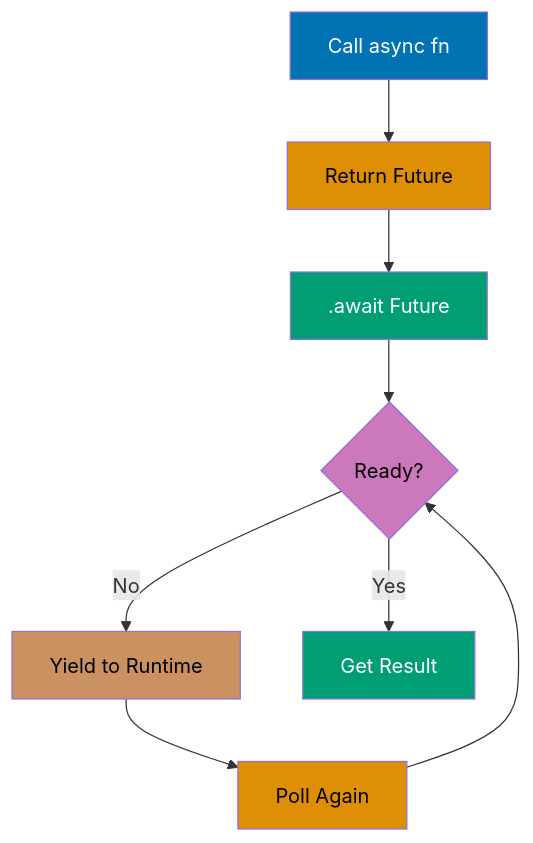
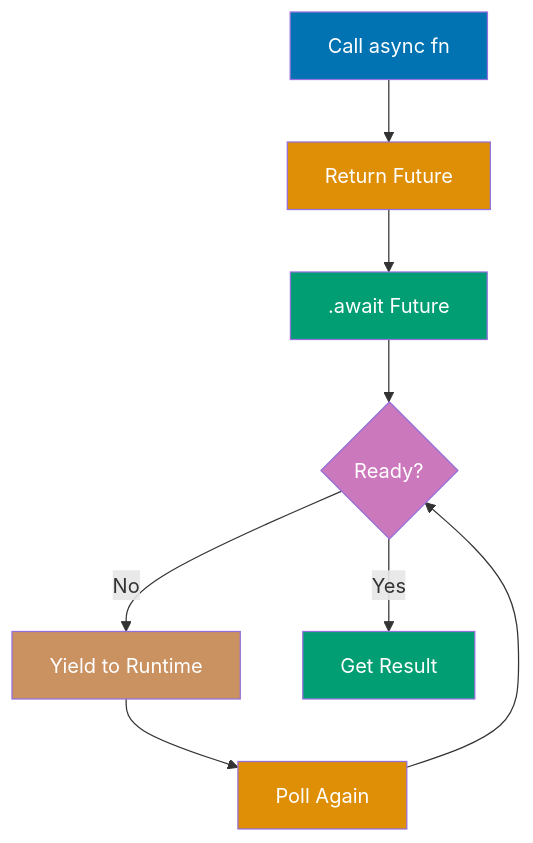
The fourth of 16 diagrams in apps/ayokoding-web/content/en/learn/software-engineering/programming-languages/rust/by-example/advanced.md (wahidyankf/open-sharia-enterprise), drawn with Mermaid before and after one commit. The commit also changed other lines of this file and 61 other files, not shown here.

First line of the commit message:
fix(ayokoding-web): quote Mermaid node labels with special characters in Example 63

````diff
--- a/apps/ayokoding-web/content/en/learn/software-engineering/programming-languages/rust/by-example/advanced.md
+++ b/apps/ayokoding-web/content/en/learn/software-engineering/programming-languages/rust/by-example/advanced.md
@@ -917,18 +917,18 @@
 ```mermaid
 graph TD
     A[Call async fn] --> B[Return Future]
     B --> C[.await Future]
     C --> D{Ready?}
     D -->|No| E[Yield to Runtime]
     D -->|Yes| F[Get Result]
     E --> G[Poll Again]
     G --> D
 
     style A fill:#0173B2,color:#fff
-    style B fill:#DE8F05,color:#000
+    style B fill:#DE8F05,color:#fff
     style C fill:#029E73,color:#fff
-    style D fill:#CC78BC,color:#000
-    style E fill:#CA9161,color:#000
+    style D fill:#CC78BC,color:#fff
+    style E fill:#CA9161,color:#fff
     style F fill:#029E73,color:#fff
-    style G fill:#DE8F05,color:#000
+    style G fill:#DE8F05,color:#fff
 ```
````
